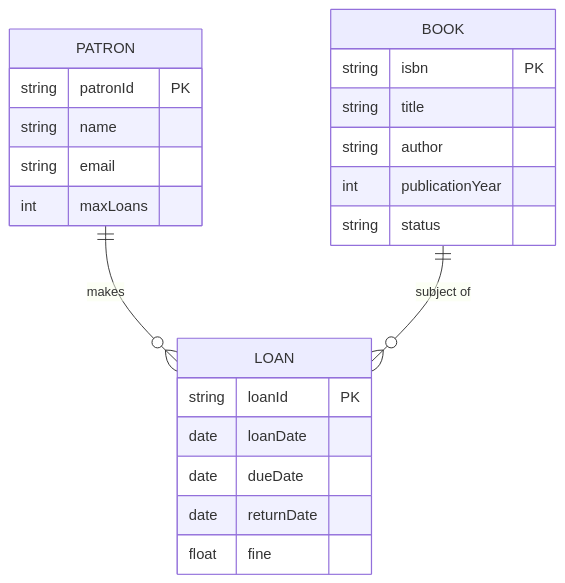
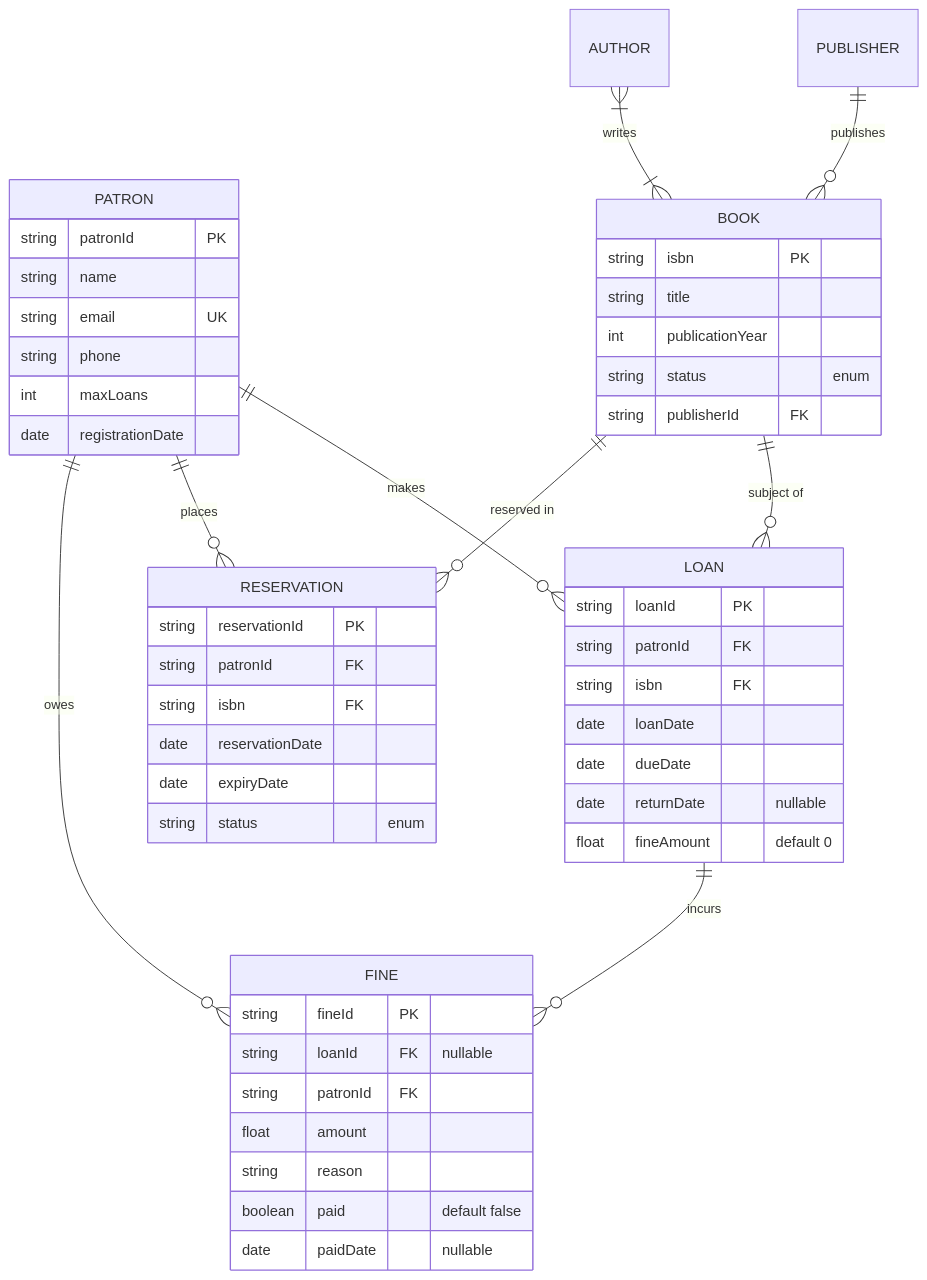
One commit to Raushan666java/ai-engineering-journey changed the ninth of 10 diagrams in docs/courses/software-engineering/03-system-modeling.md. Above: the diagram before and after it, drawn with Mermaid. The commit also changed other lines of this file and 15 other files, not shown here.

Commit message:
deploy: software-engineering overhaul - 16 chapters expanded to avg 1284L (+7649L), richer Mermaid, more TS, deeper content

````diff
--- a/docs/courses/software-engineering/03-system-modeling.md
+++ b/docs/courses/software-engineering/03-system-modeling.md
@@ -349,25 +478,53 @@
 ```mermaid
 erDiagram
     PATRON ||--o{ LOAN : makes
     BOOK ||--o{ LOAN : "subject of"
+    BOOK ||--o{ RESERVATION : "reserved in"
+    PATRON ||--o{ RESERVATION : places
+    PATRON ||--o{ FINE : owes
+    LOAN ||--o{ FINE : incurs
+    PUBLISHER ||--o{ BOOK : publishes
+    AUTHOR }|--|{ BOOK : writes
+    
     PATRON {
         string patronId PK
         string name
-        string email
+        string email UK
+        string phone
         int maxLoans
+        date registrationDate
     }
     BOOK {
         string isbn PK
         string title
-        string author
         int publicationYear
-        string status
+        string status "enum"
+        string publisherId FK
     }
     LOAN {
         string loanId PK
+        string patronId FK
+        string isbn FK
         date loanDate
         date dueDate
-        date returnDate
-        float fine
+        date returnDate "nullable"
+        float fineAmount "default 0"
+    }
+    RESERVATION {
+        string reservationId PK
+        string patronId FK
+        string isbn FK
+        date reservationDate
+        date expiryDate
+        string status "enum"
+    }
+    FINE {
+        string fineId PK
+        string loanId FK "nullable"
+        string patronId FK
+        float amount
+        string reason
+        boolean paid "default false"
+        date paidDate "nullable"
     }
 ```
````
